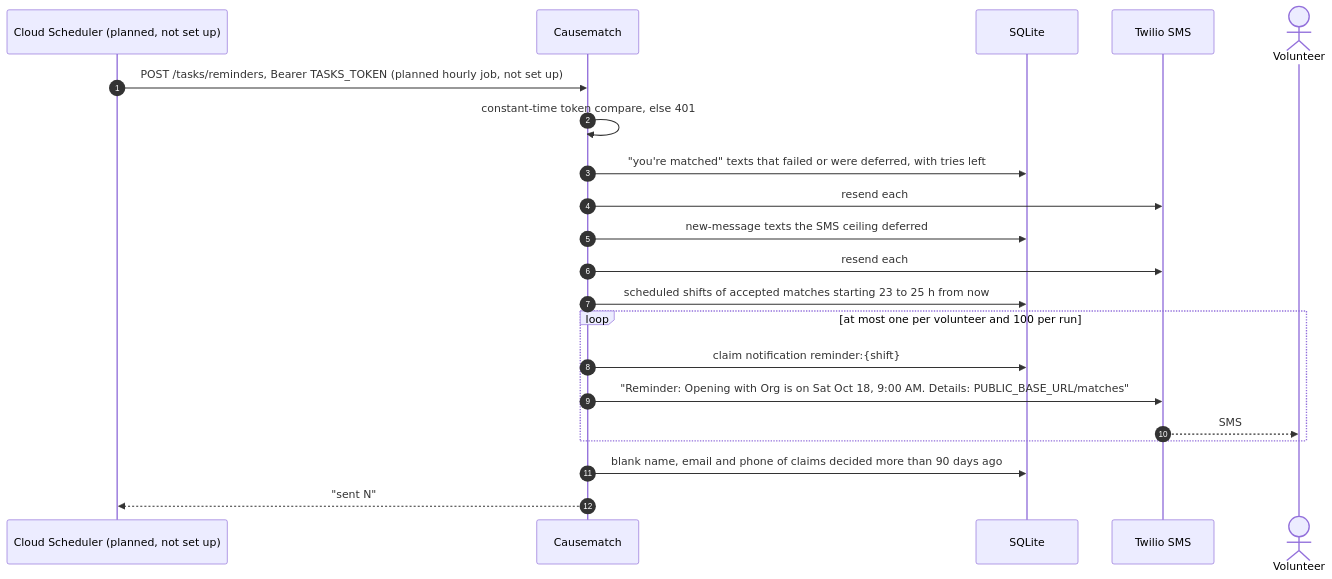
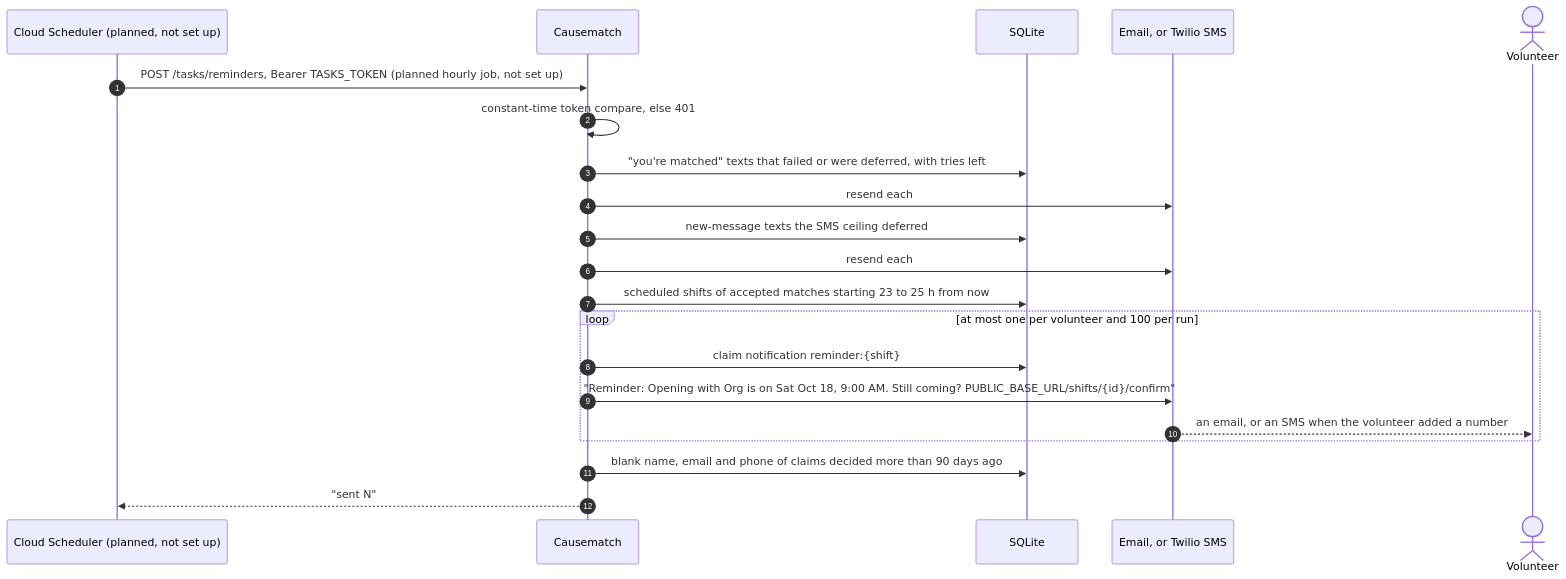
Diagram 20 of 26 in docs/ARCHITECTURE.md (slegroux/causematch), drawn with Mermaid before and after one commit. The commit also changed other lines of this file, not shown here.

First line of the commit message:
Architecture doc: a C4 tour on top, the reference below, up to date with main through #40 (#21)

````diff
--- a/docs/ARCHITECTURE.md
+++ b/docs/ARCHITECTURE.md
@@ -683,24 +1168,24 @@
 ```mermaid
 sequenceDiagram
     autonumber
     participant S as Cloud Scheduler (planned, not set up)
     participant A as Causematch
     participant DB as SQLite
-    participant T as Twilio SMS
+    participant T as Email, or Twilio SMS
     actor V as Volunteer
 
     S->>A: POST /tasks/reminders, Bearer TASKS_TOKEN (planned hourly job, not set up)
     A->>A: constant-time token compare, else 401
     A->>DB: "you're matched" texts that failed or were deferred, with tries left
     A->>T: resend each
     A->>DB: new-message texts the SMS ceiling deferred
     A->>T: resend each
     A->>DB: scheduled shifts of accepted matches starting 23 to 25 h from now
     loop at most one per volunteer and 100 per run
         A->>DB: claim notification reminder:{shift}
-        A->>T: "Reminder: Opening with Org is on Sat Oct 18, 9:00 AM. Details: PUBLIC_BASE_URL/matches"
-        T-->>V: SMS
+        A->>T: "Reminder: Opening with Org is on Sat Oct 18, 9:00 AM. Still coming? PUBLIC_BASE_URL/shifts/{id}/confirm"
+        T-->>V: an email, or an SMS when the volunteer added a number
     end
     A->>DB: blank name, email and phone of claims decided more than 90 days ago
     A-->>S: "sent N"
 ```
````
